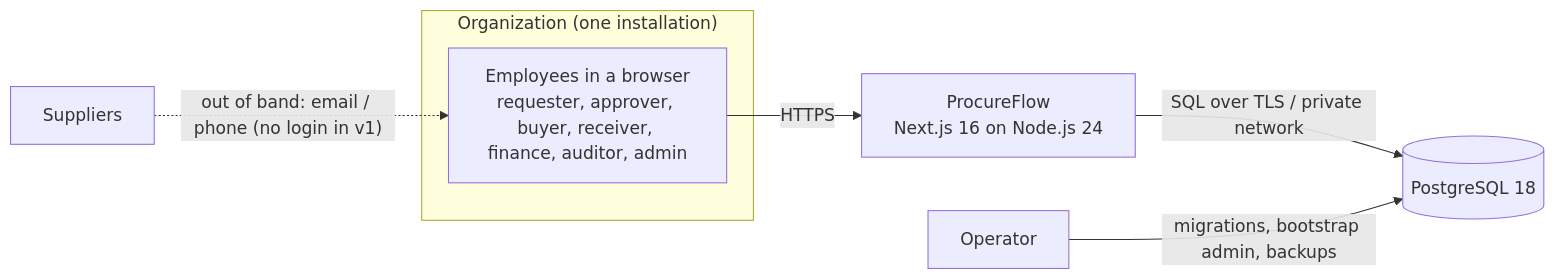
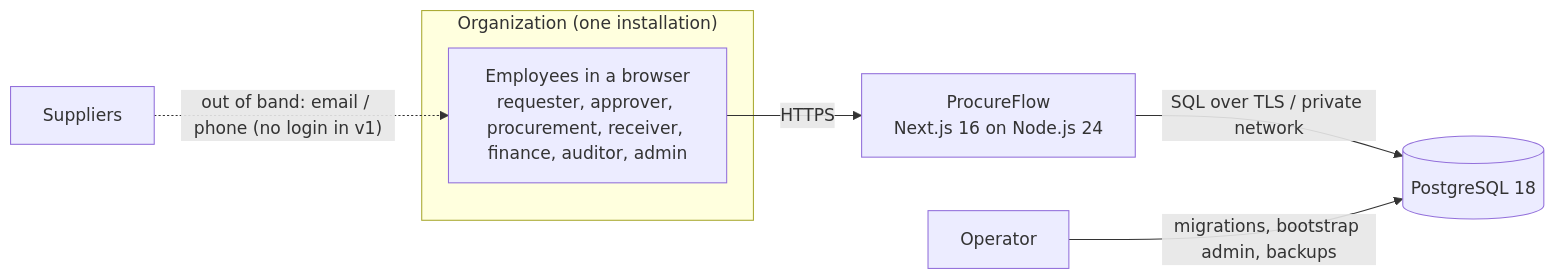
The first of 3 diagrams in docs/architecture.md (sahrultahta/Procurement-Smart), drawn with Mermaid before and after one commit. The commit also changed 56 other files, not shown here.

````diff
--- a/docs/architecture.md
+++ b/docs/architecture.md
@@ -7,10 +7,10 @@
 ```mermaid
 flowchart LR
   subgraph Org["Organization (one installation)"]
-    U[Employees in a browser<br/>requester, approver, buyer, receiver, finance, auditor, admin]
+    U[Employees in a browser<br/>requester, approver, procurement, receiver, finance, auditor, admin]
   end
   U -->|HTTPS| APP[ProcureFlow<br/>Next.js 16 on Node.js 24]
   APP -->|SQL over TLS / private network| DB[(PostgreSQL 18)]
   OPS[Operator] -->|migrations, bootstrap admin, backups| DB
   SUP[Suppliers] -. "out of band: email / phone (no login in v1)" .-> U
 ```
````
